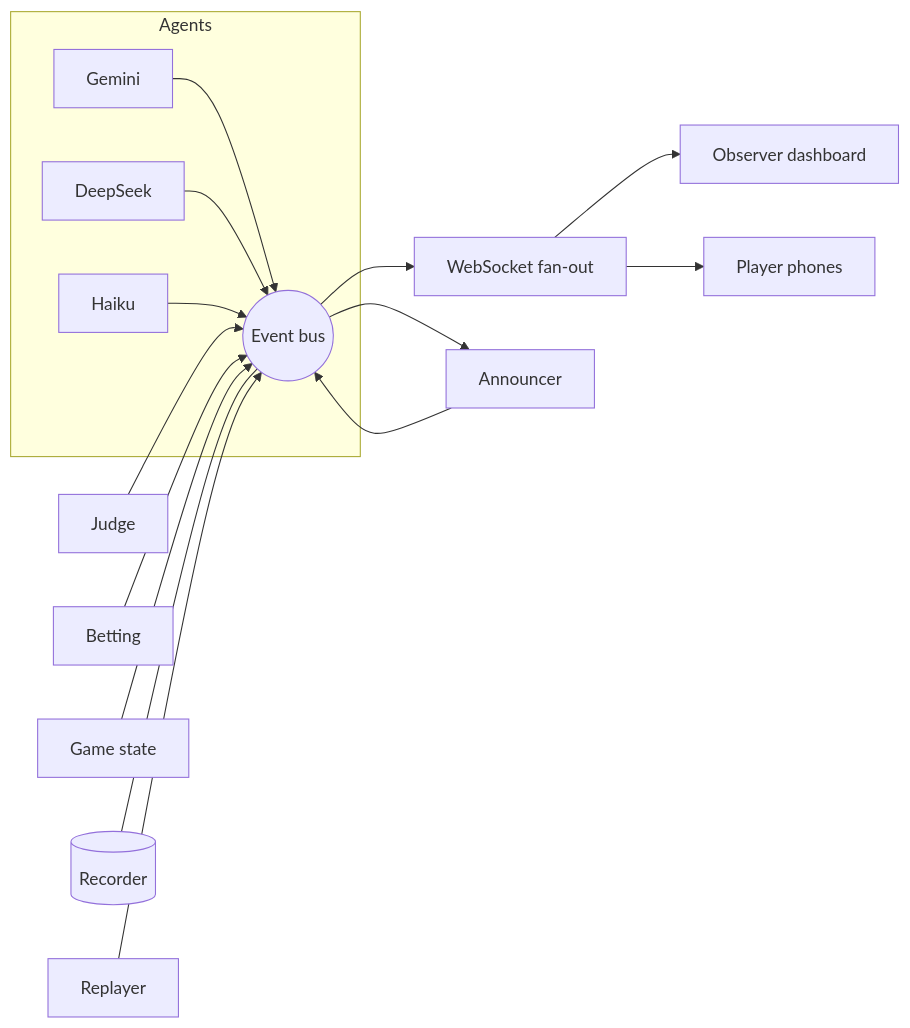
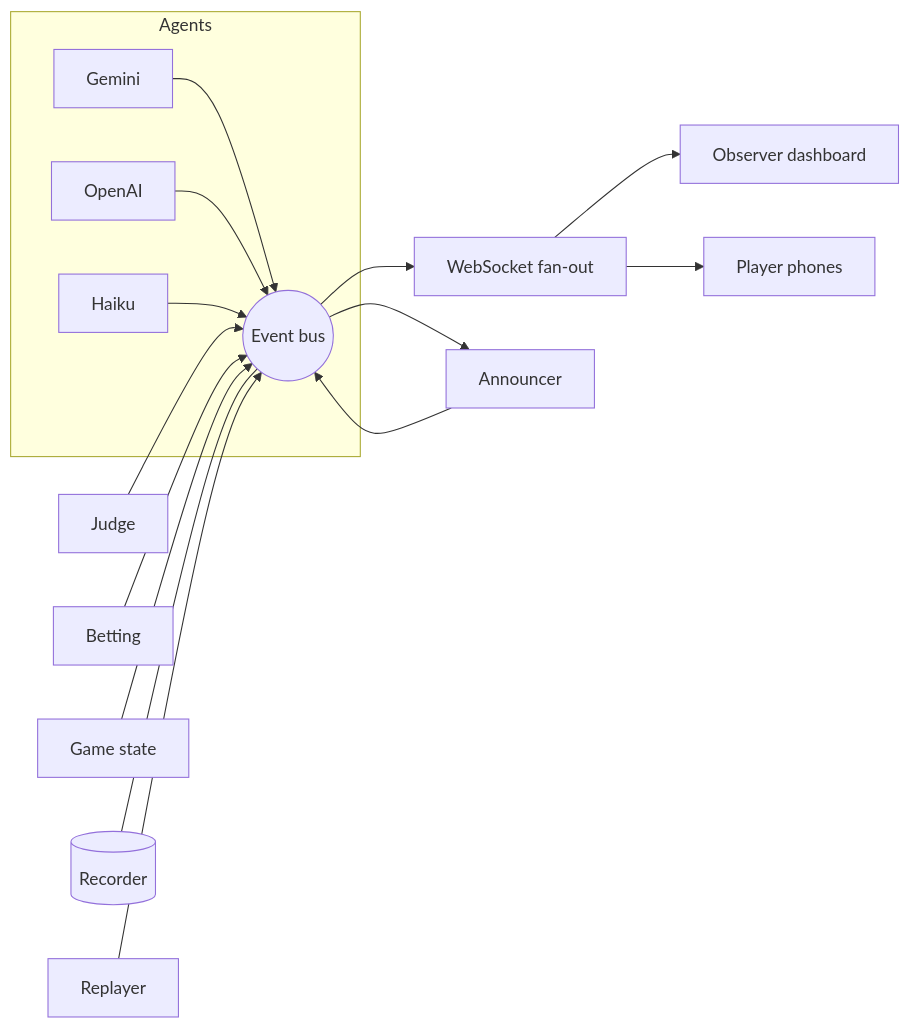
Before and after one commit to RHACKS12/vault-heist: the diagram in README.md, drawn with Mermaid. The commit also changed other lines of this file and 51 other files, not shown here.

First line of the commit message:
Milestone 3b: wire real provider adapters; swap OpenAI in for DeepSeek

````diff
--- a/README.md
+++ b/README.md
@@ -69,17 +69,17 @@
 ```mermaid
 flowchart LR
   subgraph Crew [Agents]
     A1[Gemini] --> BUS
-    A2[DeepSeek] --> BUS
+    A2[OpenAI] --> BUS
     A3[Haiku] --> BUS
   end
   JUDGE[Judge] --> BUS((Event bus))
   BET[Betting] --> BUS
   GAME[Game state] --> BUS
   BUS --> WS[WebSocket fan-out]
   WS --> OBS[Observer dashboard]
   WS --> PLY[Player phones]
   BUS --> ANN[Announcer] --> BUS
   REC[(Recorder)] --- BUS
   REPLAY[Replayer] --> BUS
 ```
````
